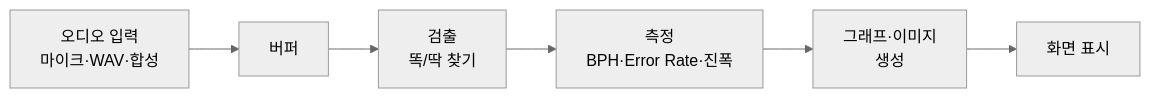
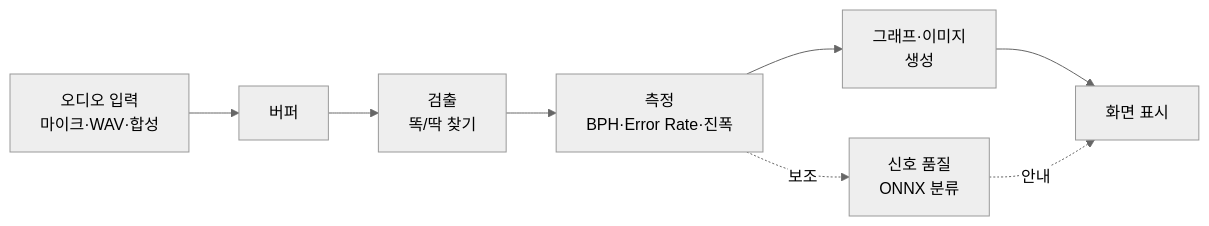
One commit to Jae-hong-5/TimeGrapher-Net changed the second of 4 diagrams in README.ko.md. Above: the diagram before and after it, drawn with Mermaid (neutral theme). The commit also changed other lines of this file, not shown here.

````diff
--- a/README.ko.md
+++ b/README.ko.md
@@ -156,8 +159,10 @@
 ```mermaid
 flowchart LR
     A["오디오 입력<br/>마이크·WAV·합성"] --> B["버퍼"]
     B --> C["검출<br/>똑/딱 찾기"]
     C --> D["측정<br/>BPH·Error Rate·진폭"]
     D --> E["그래프·이미지<br/>생성"]
     E --> F["화면 표시"]
+    D -. 보조 .-> Q["신호 품질<br/>ONNX 분류"]
+    Q -. 안내 .-> F
 ```
````
